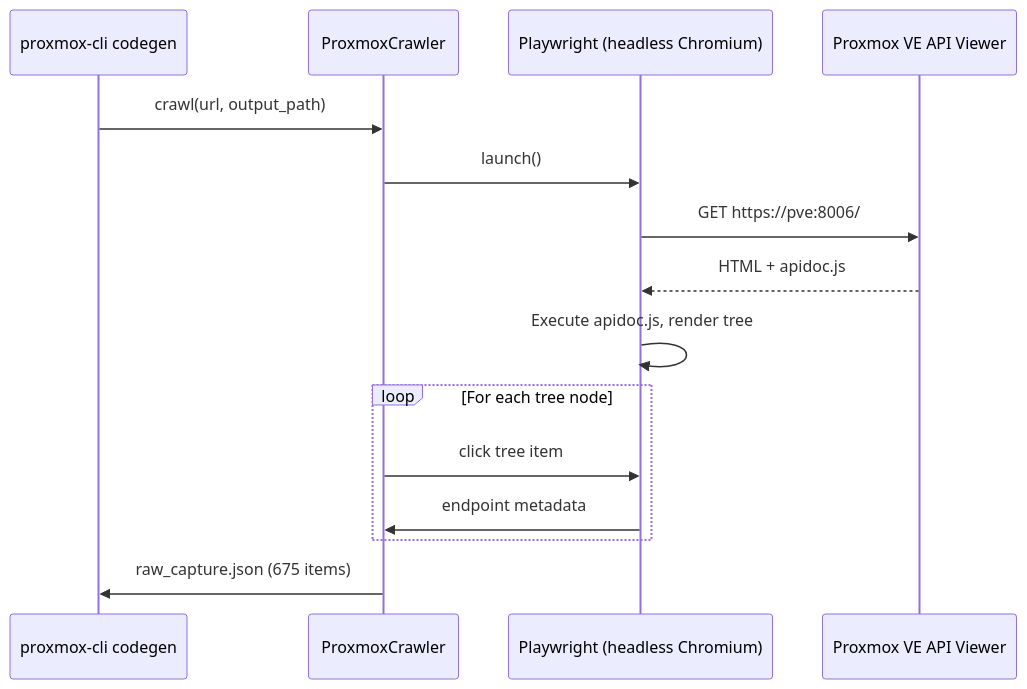
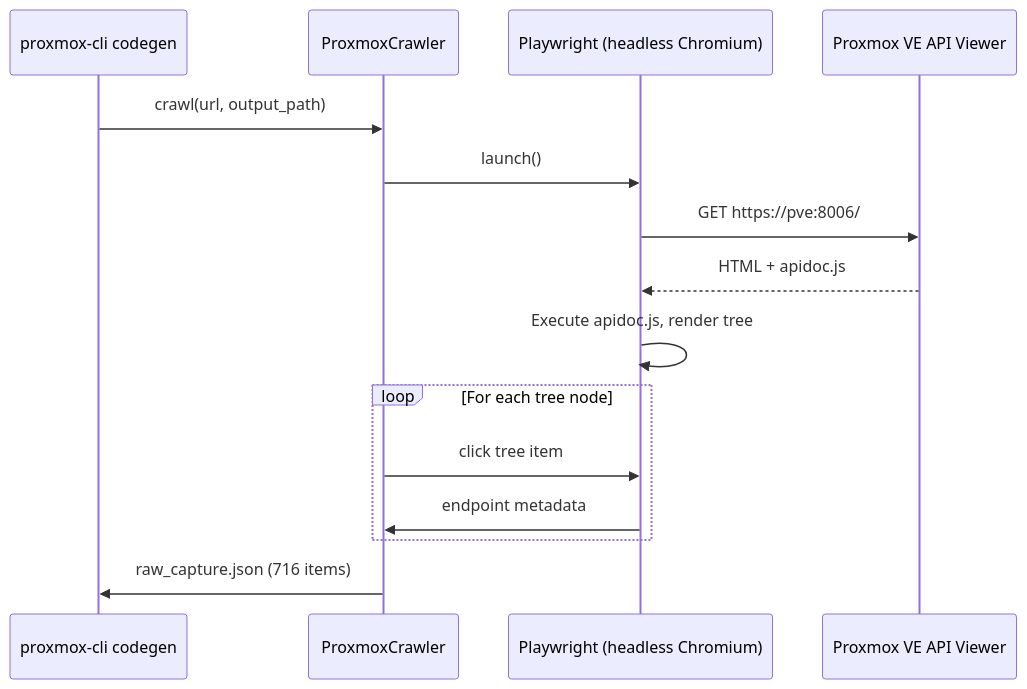
Before and after one commit to emersonfelipesp/proxmox-sdk: the second of 3 diagrams in docs/codegen-pipeline.md, drawn with Mermaid. The commit also changed other lines of this file and 59 other files, not shown here.

````diff
--- a/docs/codegen-pipeline.md
+++ b/docs/codegen-pipeline.md
@@ -59,18 +59,18 @@
 ```mermaid
 sequenceDiagram
     participant CLI as proxmox-cli codegen
     participant CW as ProxmoxCrawler
     participant PW as Playwright (headless Chromium)
     participant PVE as Proxmox VE API Viewer
 
     CLI->>CW: crawl(url, output_path)
     CW->>PW: launch()
     PW->>PVE: GET https://pve:8006/
     PVE-->>PW: HTML + apidoc.js
     PW->>PW: Execute apidoc.js, render tree
     loop For each tree node
         CW->>PW: click tree item
         PW->>CW: endpoint metadata
     end
-    CW->>CLI: raw_capture.json (675 items)
+    CW->>CLI: raw_capture.json (716 items)
 ```
````
